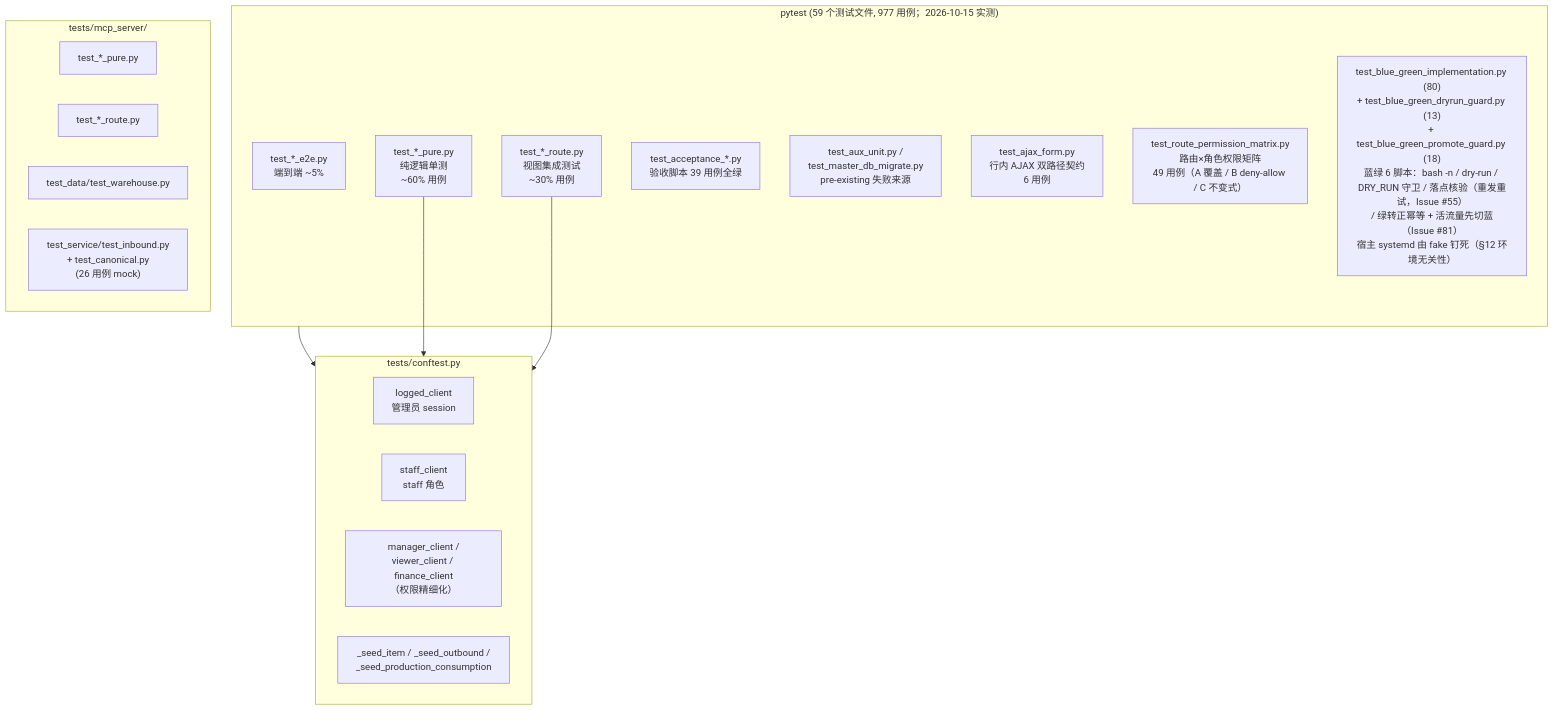
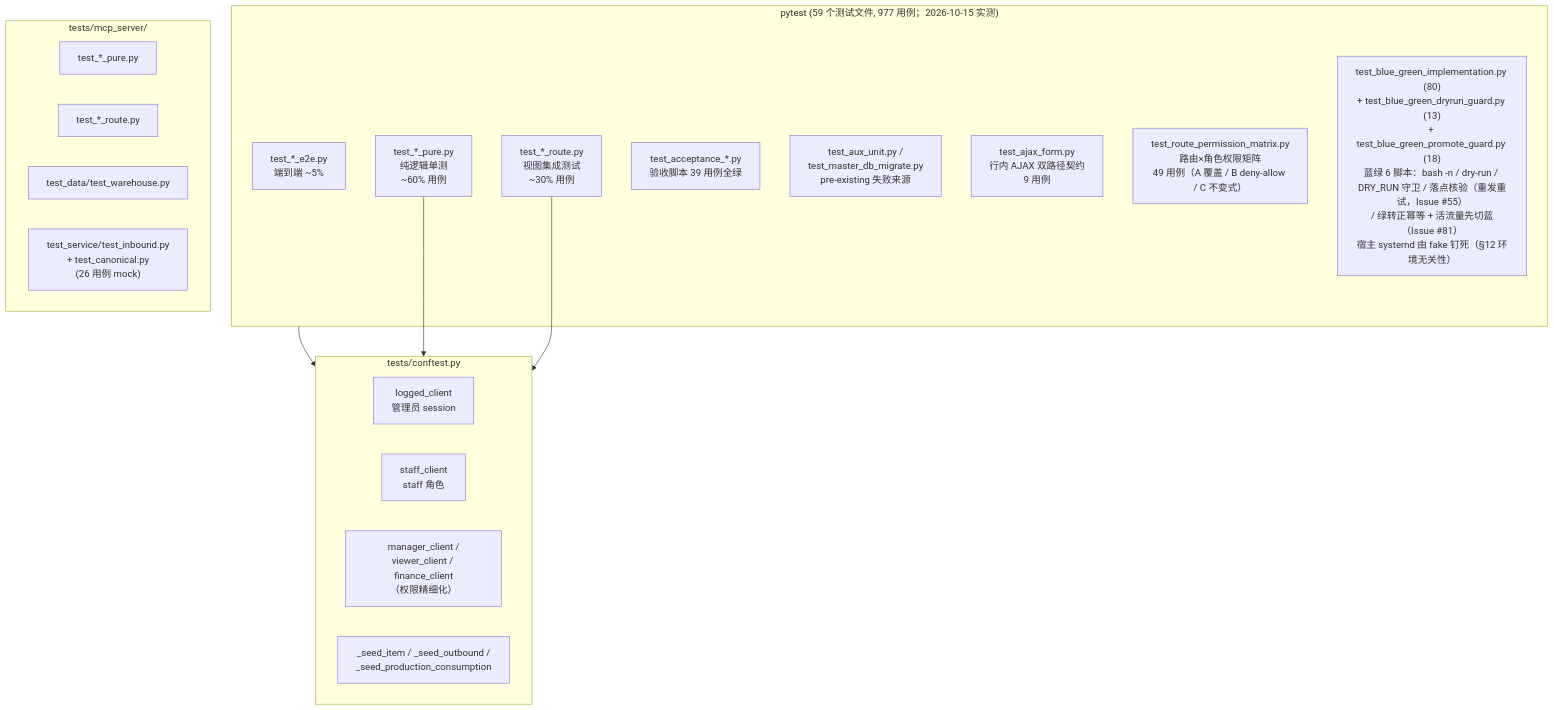
Before and after one commit to DUIDUI-Studio/DailyCheck: diagram 17 of 17 in docs/ARCHITECTURE.md, drawn with Mermaid. The commit also changed other lines of this file and 6 other files, not shown here.

````diff
--- a/docs/ARCHITECTURE.md
+++ b/docs/ARCHITECTURE.md
@@ -1387,31 +1387,31 @@
 ```mermaid
 flowchart TB
     subgraph Pytest["pytest (59 个测试文件, 977 用例；2026-10-15 实测)"]
         Pure["test_*_pure.py<br/>纯逻辑单测<br/>~60% 用例"]
         Route["test_*_route.py<br/>视图集成测试<br/>~30% 用例"]
         E2E["test_*_e2e.py<br/>端到端 ~5%"]
         Acceptance["test_acceptance_*.py<br/>验收脚本 39 用例全绿"]
         Aux["test_aux_unit.py /<br/>test_master_db_migrate.py<br/>pre-existing 失败来源"]
-        Ajax["test_ajax_form.py<br/>行内 AJAX 双路径契约<br/>6 用例"]
+        Ajax["test_ajax_form.py<br/>行内 AJAX 双路径契约<br/>9 用例"]
         Perm["test_route_permission_matrix.py<br/>路由×角色权限矩阵<br/>49 用例（A 覆盖 / B deny-allow / C 不变式）"]
         BlueGreen["test_blue_green_implementation.py (80)<br/>+ test_blue_green_dryrun_guard.py (13)<br/>+ test_blue_green_promote_guard.py (18)<br/>蓝绿 6 脚本：bash -n / dry-run / DRY_RUN 守卫 / 落点核验（重发重试，Issue #55）<br/>/ 绿转正幂等 + 活流量先切蓝（Issue #81）<br/>宿主 systemd 由 fake 钉死（§12 环境无关性）"]
     end
 
     subgraph Conftest["tests/conftest.py"]
         LoggedClient["logged_client<br/>管理员 session"]
         StaffClient["staff_client<br/>staff 角色"]
         RoleClients["manager_client /<br/>viewer_client / finance_client<br/>（权限精细化）"]
         SeedHelpers["_seed_item / _seed_outbound /<br/>_seed_production_consumption"]
     end
 
     subgraph MCPTest["tests/mcp_server/"]
         MCPPure["test_*_pure.py"]
         MCPRoute["test_*_route.py"]
         MCPData["test_data/test_warehouse.py"]
         MCPService["test_service/test_inbound.py<br/>+ test_canonical.py<br/>(26 用例 mock)"]
     end
 
     Pytest --> Conftest
     Pure --> Conftest
     Route --> Conftest
 ```
````
